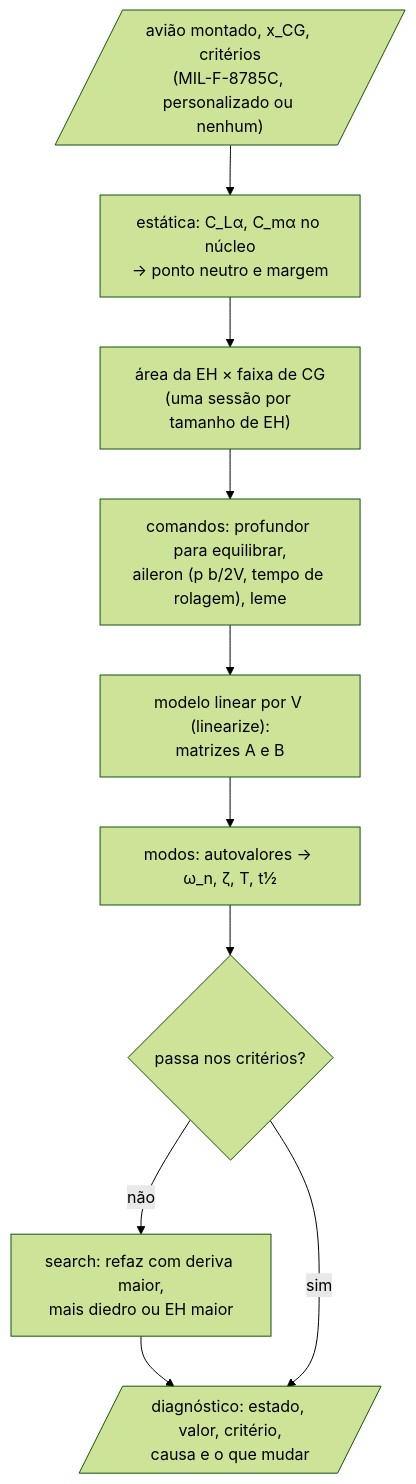
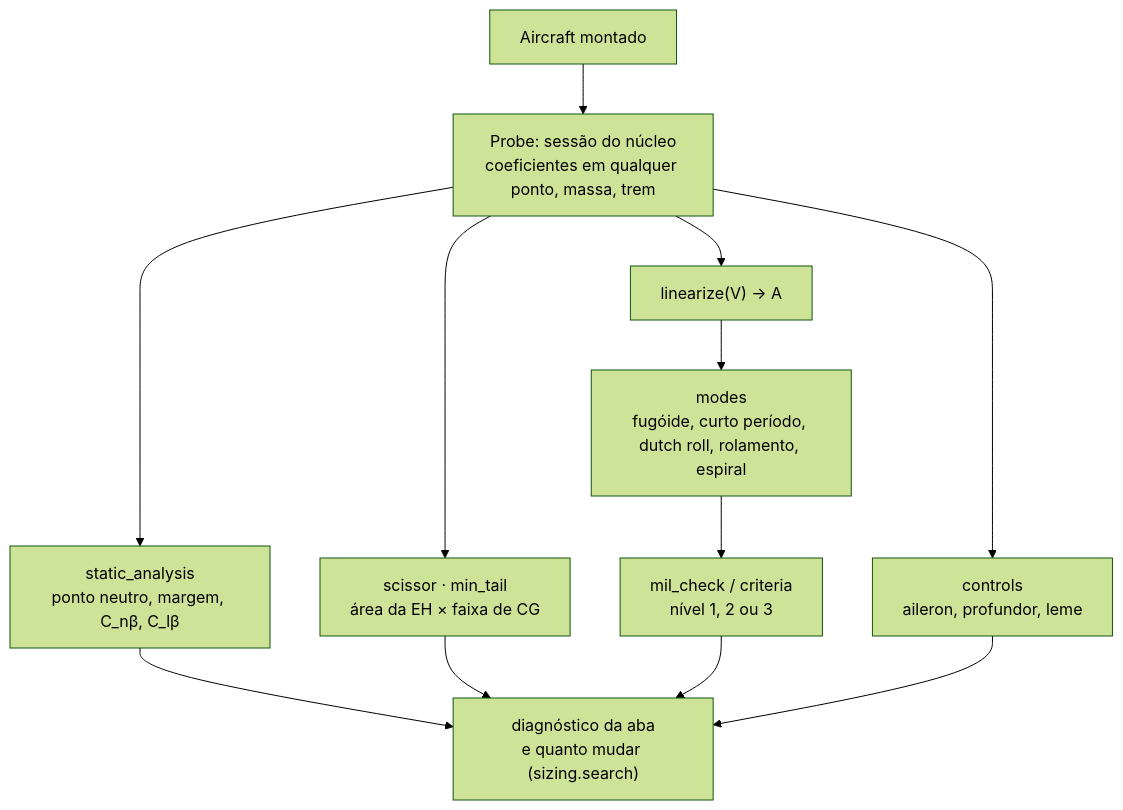
One commit to vitordallolivo/AircraftSimulation changed the diagram in aerosim/stability/README.md. Above: the diagram before and after it, drawn with Mermaid (forest theme). The commit also changed other lines of this file, not shown here.

First line of the commit message:
README da estabilidade corrido como livro, com a saída do exemplo

````diff
--- a/aerosim/stability/README.md
+++ b/aerosim/stability/README.md
@@ -60,12 +12,10 @@
 ```mermaid
-flowchart TD
-    A[/"avião montado, x_CG, critérios<br/>(MIL-F-8785C, personalizado ou nenhum)"/] --> ST
-    ST["estática: C_Lα, C_mα no núcleo<br/>→ ponto neutro e margem"] --> SC["área da EH × faixa de CG<br/>(uma sessão por tamanho de EH)"]
-    SC --> CT["comandos: profundor para equilibrar,<br/>aileron (p b/2V, tempo de rolagem), leme"]
-    CT --> LIN["modelo linear por V (linearize):<br/>matrizes A e B"]
-    LIN --> MOD["modos: autovalores → ω_n, ζ, T, t½"]
-    MOD --> CR{"passa nos critérios?"}
-    CR -->|"não"| SR["search: refaz com deriva maior,<br/>mais diedro ou EH maior"]
-    SR --> DG
-    CR -->|"sim"| DG[/"diagnóstico: estado, valor, critério,<br/>causa e o que mudar"/]
+flowchart TB
+    AC["Aircraft montado"] --> PR["Probe: sessão do núcleo<br/>coeficientes em qualquer ponto, massa, trem"]
+    PR --> ST["static_analysis<br/>ponto neutro, margem, C_nβ, C_lβ"]
+    PR --> SC["scissor · min_tail<br/>área da EH × faixa de CG"]
+    PR --> LIN["linearize(V) → A"] --> MO["modes<br/>fugóide, curto período, dutch roll, rolamento, espiral"]
+    MO --> CR["mil_check / criteria<br/>nível 1, 2 ou 3"]
+    PR --> CT["controls<br/>aileron, profundor, leme"]
+    ST & SC & CR & CT --> DG["diagnóstico da aba<br/>e quanto mudar (sizing.search)"]
 ```
````
